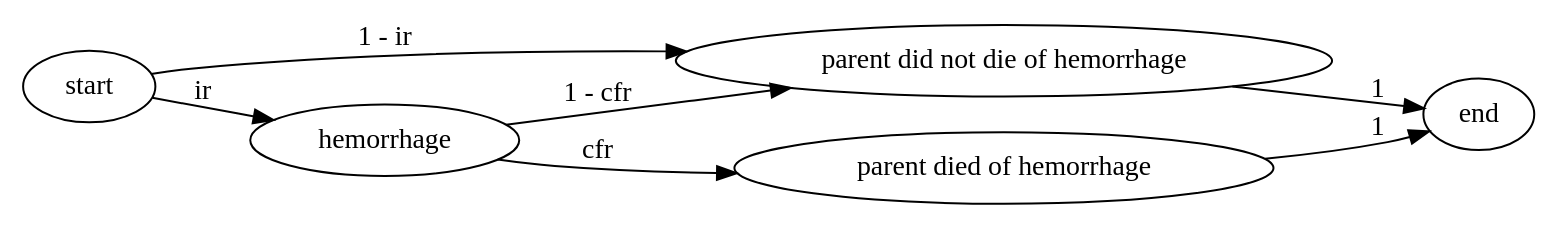
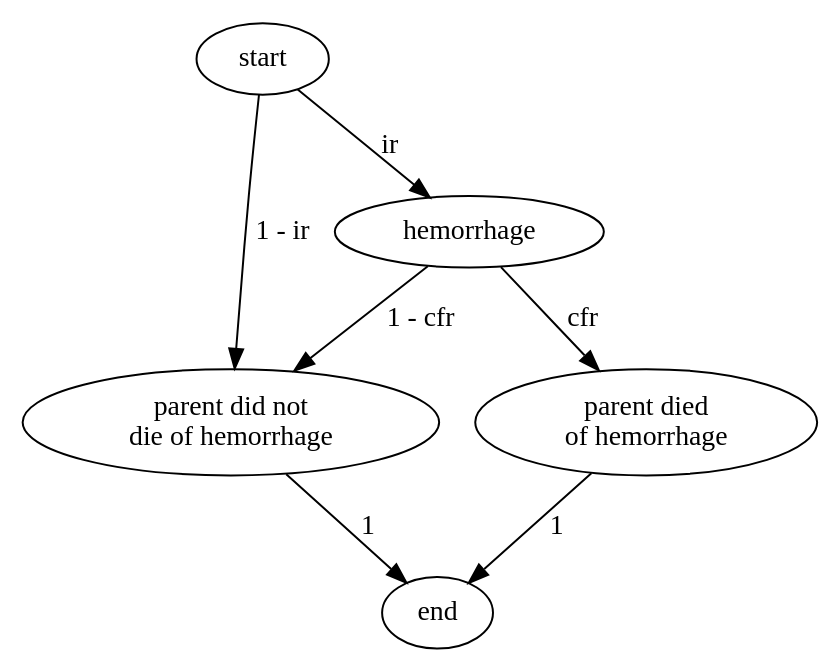
Before and after one commit to ihmeuw/vivarium_research: the diagram in docs/source/models/causes/maternal_disorders/gbd_2021_mncnh/maternal_hemorrhage.rst, drawn with Graphviz. The commit also changed 9 other files, not shown here.

First line of the commit message:
Make graphviz cause model diagrams more compact and vertical

```diff
--- a/docs/source/models/causes/maternal_disorders/gbd_2021_mncnh/maternal_hemorrhage.rst
+++ b/docs/source/models/causes/maternal_disorders/gbd_2021_mncnh/maternal_hemorrhage.rst
@@ -162,16 +162,15 @@
 .. graphviz::
 
     digraph hemorrhage_decisions {
-        rankdir = LR;
         start [label="start"]
         end [label="end"]
-        alive [label="parent did not die of hemorrhage"]
-        dead [label="parent died of hemorrhage"]
+        alive [label="parent did not\ndie of hemorrhage"]
+        dead [label="parent died\nof hemorrhage"]
 
         start -> alive  [label = "1 - ir"]
         start -> hemorrhage [label = "ir"]
         hemorrhage -> alive [label = "1 - cfr"]
         hemorrhage -> dead [label = "cfr"]
         alive -> end  [label = "1"]
         dead -> end  [label = "1"]
     }
```
